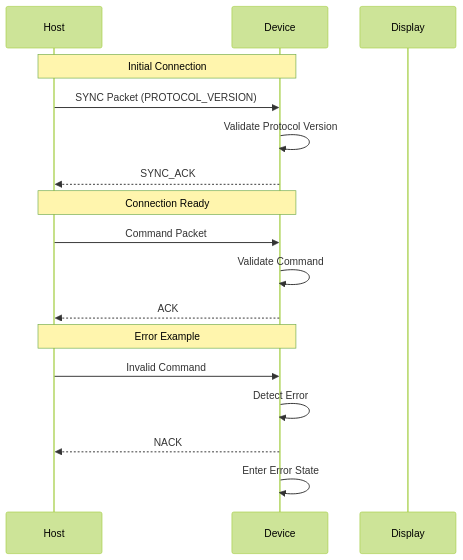
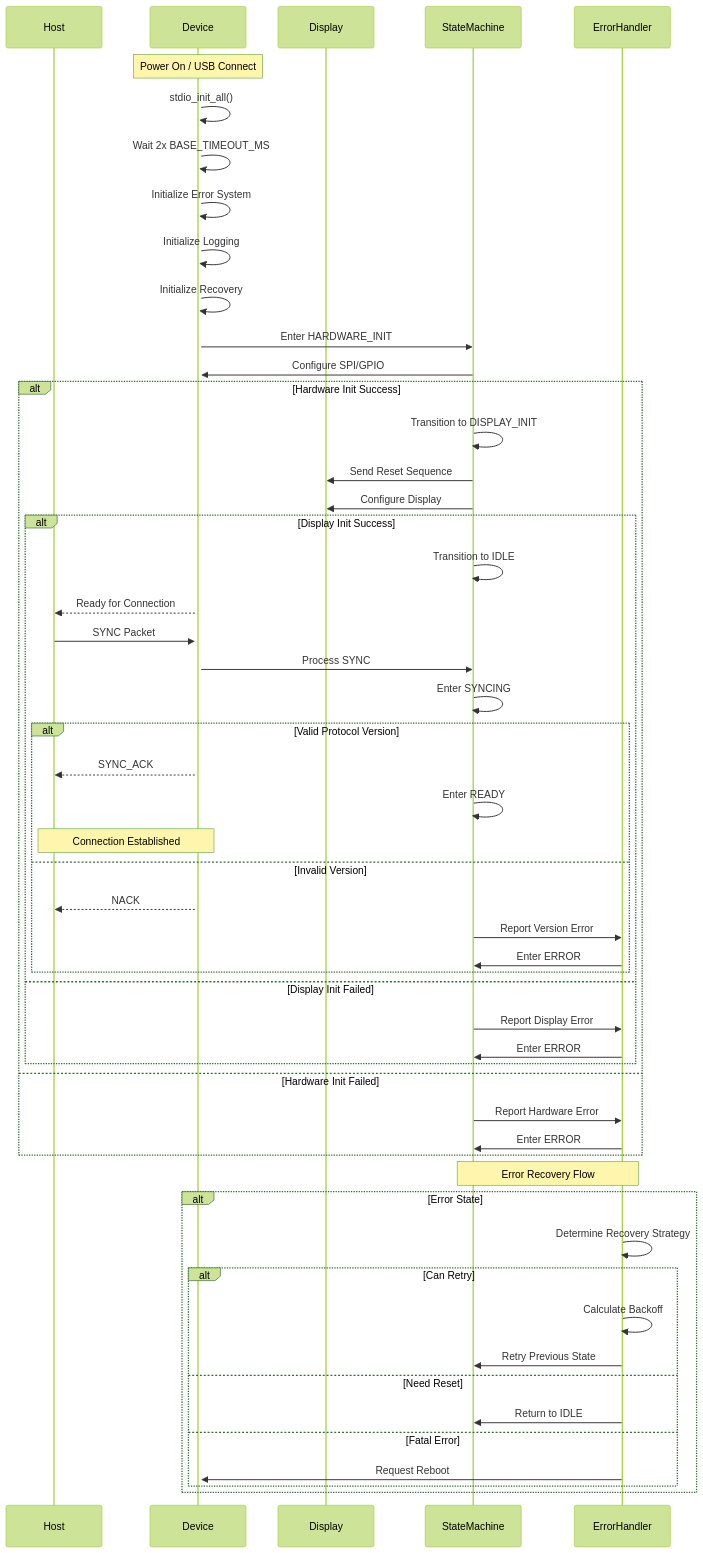
The first of 3 diagrams in docs/protocol_transitions.md (nemofoo/deskthang), drawn with Mermaid (forest theme) before and after one commit. The commit also changed other lines of this file and 20 other files, not shown here.

````diff
--- a/docs/protocol_transitions.md
+++ b/docs/protocol_transitions.md
@@ -9,22 +9,68 @@
 ```mermaid
 sequenceDiagram
     participant Host
     participant Device
     participant Display
+    participant StateMachine
+    participant ErrorHandler
+
+    Note over Device: Power On / USB Connect
+    activate Device
+    Device->>Device: stdio_init_all()
+    Device->>Device: Wait 2x BASE_TIMEOUT_MS
     
-    Note over Host,Device: Initial Connection
-    Host->>Device: SYNC Packet (PROTOCOL_VERSION)
-    Device->>Device: Validate Protocol Version
-    Device-->>Host: SYNC_ACK
+    Device->>Device: Initialize Error System
+    Device->>Device: Initialize Logging
+    Device->>Device: Initialize Recovery
     
-    Note over Host,Device: Connection Ready
-    Host->>Device: Command Packet
-    Device->>Device: Validate Command
-    Device-->>Host: ACK
+    Device->>StateMachine: Enter HARDWARE_INIT
+    StateMachine->>Device: Configure SPI/GPIO
     
-    Note over Host,Device: Error Example
-    Host->>Device: Invalid Command
-    Device->>Device: Detect Error
-    Device-->>Host: NACK
-    Device->>Device: Enter Error State
+    alt Hardware Init Success
+        StateMachine->>StateMachine: Transition to DISPLAY_INIT
+        StateMachine->>Display: Send Reset Sequence
+        StateMachine->>Display: Configure Display
+        
+        alt Display Init Success
+            StateMachine->>StateMachine: Transition to IDLE
+            Device-->>Host: Ready for Connection
+            
+            Host->>Device: SYNC Packet
+            Device->>StateMachine: Process SYNC
+            StateMachine->>StateMachine: Enter SYNCING
+            
+            alt Valid Protocol Version
+                Device-->>Host: SYNC_ACK
+                StateMachine->>StateMachine: Enter READY
+                Note over Host,Device: Connection Established
+            else Invalid Version
+                Device-->>Host: NACK
+                StateMachine->>ErrorHandler: Report Version Error
+                ErrorHandler->>StateMachine: Enter ERROR
+            end
+            
+        else Display Init Failed
+            StateMachine->>ErrorHandler: Report Display Error
+            ErrorHandler->>StateMachine: Enter ERROR
+        end
+        
+    else Hardware Init Failed
+        StateMachine->>ErrorHandler: Report Hardware Error
+        ErrorHandler->>StateMachine: Enter ERROR
+    end
+    
+    Note over StateMachine,ErrorHandler: Error Recovery Flow
+    
+    alt Error State
+        ErrorHandler->>ErrorHandler: Determine Recovery Strategy
+        
+        alt Can Retry
+            ErrorHandler->>ErrorHandler: Calculate Backoff
+            ErrorHandler->>StateMachine: Retry Previous State
+        else Need Reset
+            ErrorHandler->>StateMachine: Return to IDLE
+        else Fatal Error
+            ErrorHandler->>Device: Request Reboot
+        end
+    end
 ```
````
